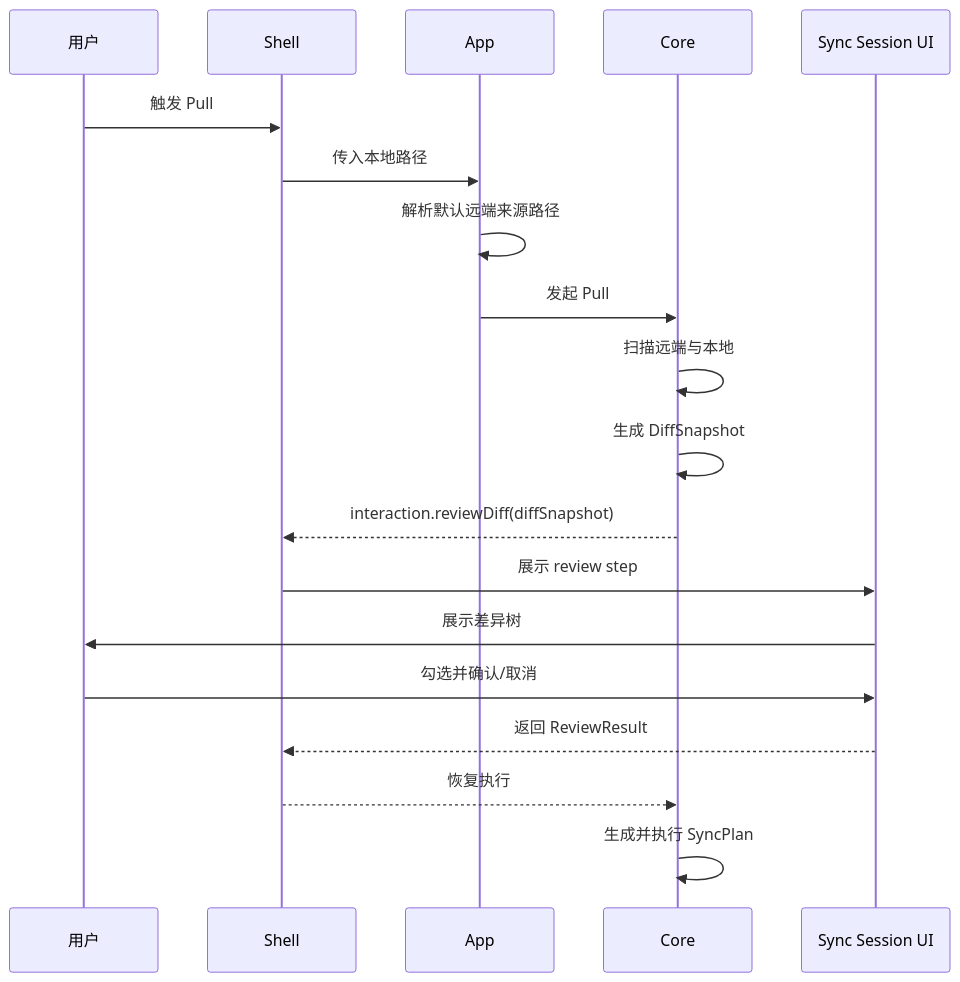
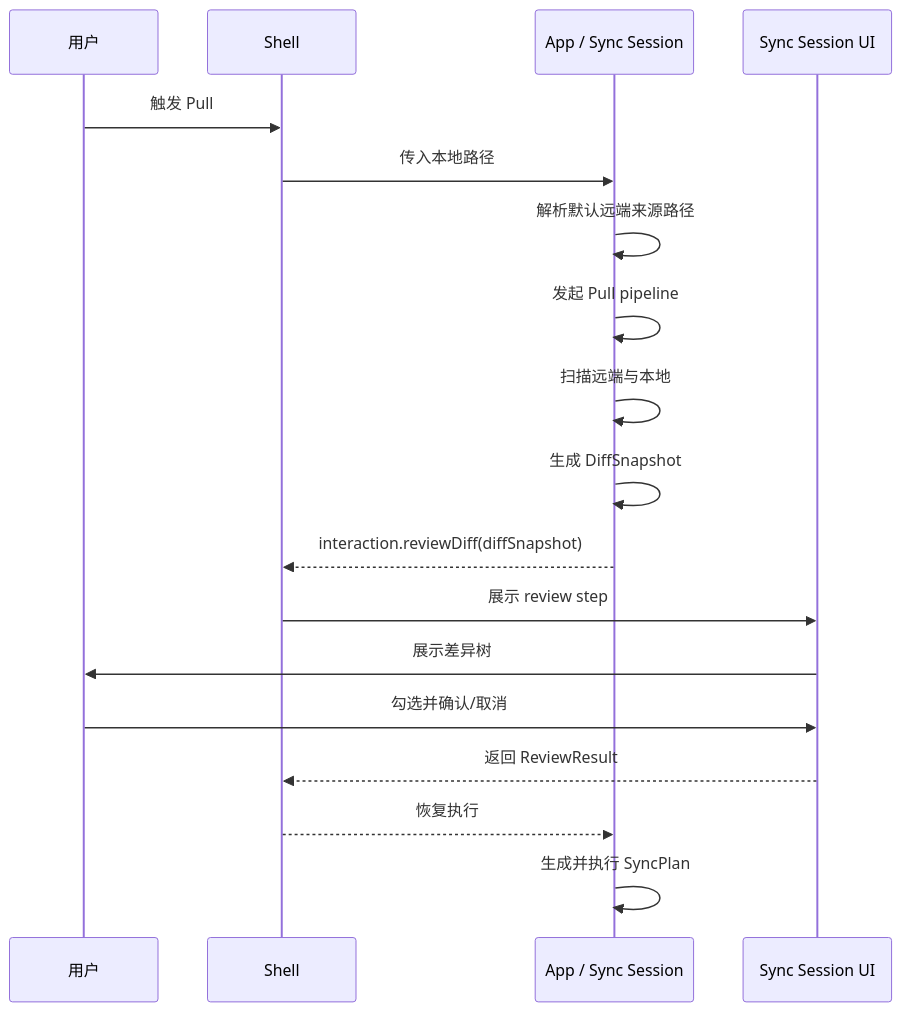
Before and after one commit to agalloch21/sync-with-rclone: the fifth of 15 diagrams in docs/Flows.md, drawn with Mermaid. The commit also changed other lines of this file and 29 other files, not shown here.

````diff
--- a/docs/Flows.md
+++ b/docs/Flows.md
@@ -105,22 +102,21 @@
 ```mermaid
 sequenceDiagram
   participant U as 用户
   participant S as Shell
-  participant A as App
-  participant C as Core
+  participant A as App / Sync Session
   participant W as Sync Session UI
 
   U->>S: 触发 Pull
   S->>A: 传入本地路径
   A->>A: 解析默认远端来源路径
-  A->>C: 发起 Pull
-  C->>C: 扫描远端与本地
-  C->>C: 生成 DiffSnapshot
-  C-->>S: interaction.reviewDiff(diffSnapshot)
+  A->>A: 发起 Pull pipeline
+  A->>A: 扫描远端与本地
+  A->>A: 生成 DiffSnapshot
+  A-->>S: interaction.reviewDiff(diffSnapshot)
   S->>W: 展示 review step
   W->>U: 展示差异树
   U->>W: 勾选并确认/取消
   W-->>S: 返回 ReviewResult
-  S-->>C: 恢复执行
-  C->>C: 生成并执行 SyncPlan
+  S-->>A: 恢复执行
+  A->>A: 生成并执行 SyncPlan
 ```
````
